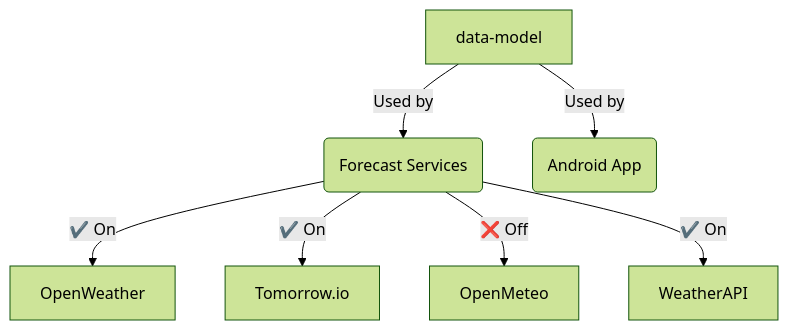
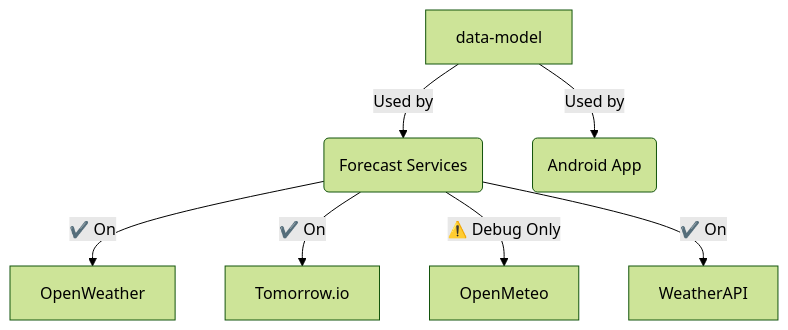
Before and after one commit to hossain-khan/android-weather-alert: the diagram in data-model/README.md, drawn with Mermaid (forest theme). The commit also changed 6 other files, not shown here.

````diff
--- a/data-model/README.md
+++ b/data-model/README.md
@@ -4,9 +4,9 @@
 ```mermaid
 flowchart TD
     DATA[data-model] -->|Used by| SERVICE(Forecast Services)
     DATA -->|Used by| C(Android App)
     SERVICE -->|✔️ On| OW[OpenWeather]
     SERVICE -->|✔️ On| TI[Tomorrow.io]
-    SERVICE -->|❌ Off| OM[OpenMeteo]
+    SERVICE -->|⚠️ Debug Only| OM[OpenMeteo]
     SERVICE -->|✔️ On| WA[WeatherAPI]
 ```
````
